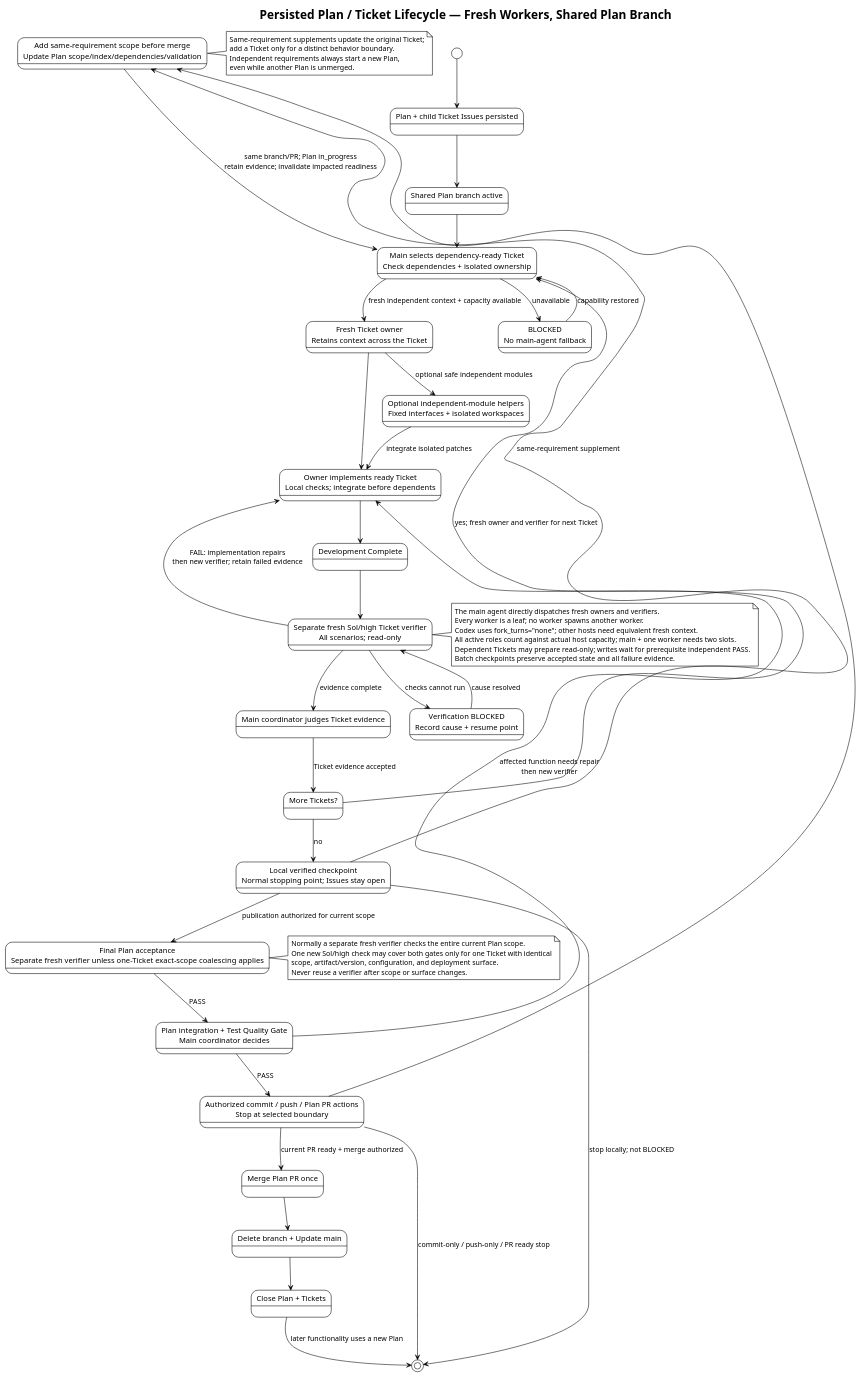
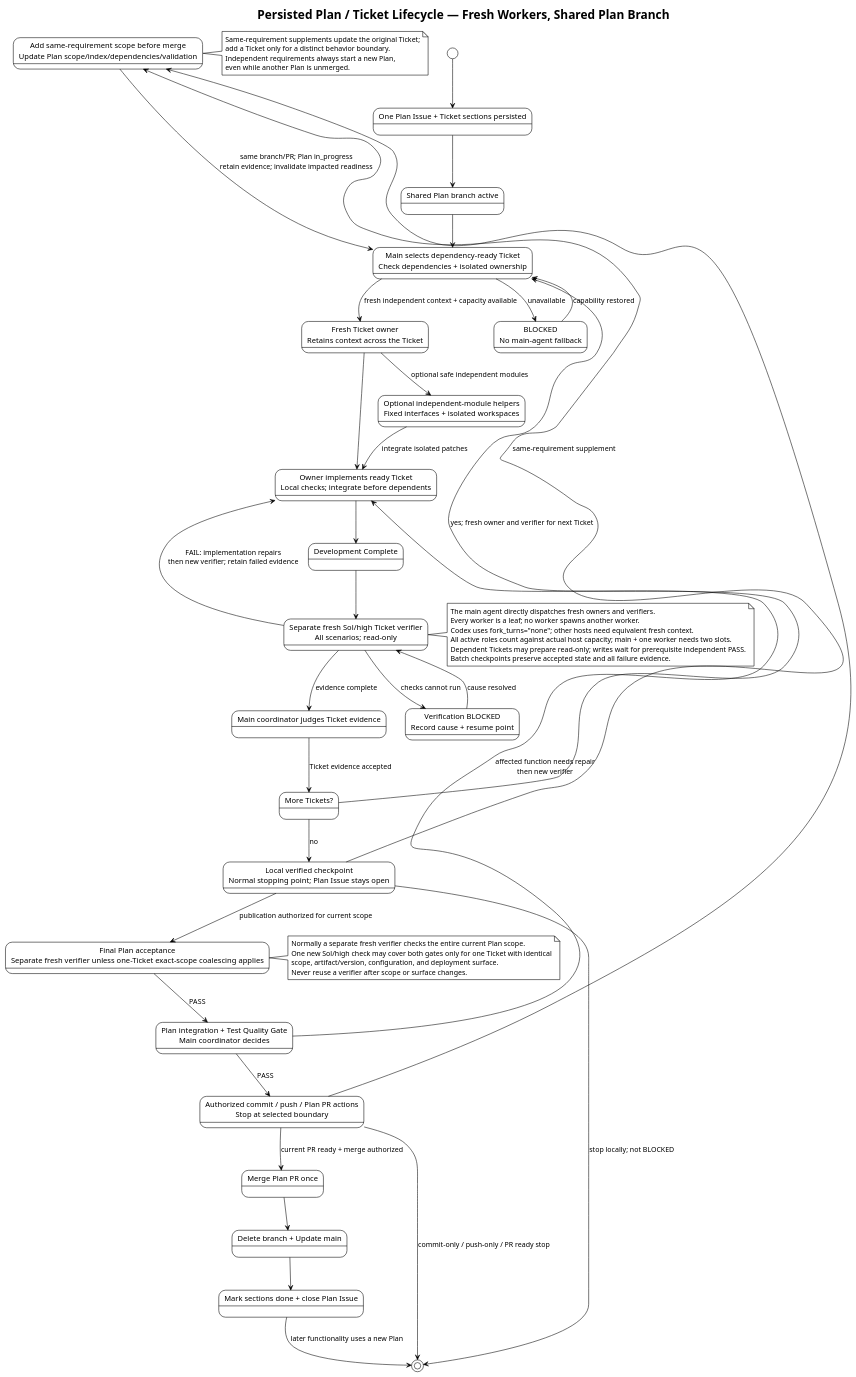
The diagram in docs/architecture/diagrams/ticket-lifecycle.puml (i-zrhe2016/codex-development-workflow), drawn with PlantUML before and after one commit. The commit also changed 26 other files, not shown here.

First line of the commit message:
docs(workflow): persist Plan and Tickets in one Issue

```diff
--- a/docs/architecture/diagrams/ticket-lifecycle.puml
+++ b/docs/architecture/diagrams/ticket-lifecycle.puml
@@ -1,84 +1,84 @@
 @startuml
 !theme plain
 top to bottom direction
 skinparam shadowing false
 skinparam defaultFontName Arial
 
 title Persisted Plan / Ticket Lifecycle — Fresh Workers, Shared Plan Branch
 
-state "Plan + child Ticket Issues persisted" as persisted
+state "One Plan Issue + Ticket sections persisted" as persisted
 state "Shared Plan branch active" as branch
 state "Main selects dependency-ready Ticket\nCheck dependencies + isolated ownership" as select
 state "Fresh Ticket owner\nRetains context across the Ticket" as ticket_owner
 state "Owner implements ready Ticket\nLocal checks; integrate before dependents" as implement
 state "Optional independent-module helpers\nFixed interfaces + isolated workspaces" as module_helpers
 state "Development Complete" as developed
 state "Separate fresh Sol/high Ticket verifier\nAll scenarios; read-only" as verify
 state "Main coordinator judges Ticket evidence" as accepted
 state "More Tickets?" as more
-state "Local verified checkpoint\nNormal stopping point; Issues stay open" as local
+state "Local verified checkpoint\nNormal stopping point; Plan Issue stays open" as local
 state "Add same-requirement scope before merge\nUpdate Plan scope/index/dependencies/validation" as expand
 state "Final Plan acceptance\nSeparate fresh verifier unless one-Ticket exact-scope coalescing applies" as final_verify
 state "Plan integration + Test Quality Gate\nMain coordinator decides" as gate
 state "Authorized commit / push / Plan PR actions\nStop at selected boundary" as publish
 state "Merge Plan PR once" as merge
 state "Delete branch + Update main" as cleanup
-state "Close Plan + Tickets" as done
+state "Mark sections done + close Plan Issue" as done
 state "BLOCKED\nNo main-agent fallback" as blocked
 state "Verification BLOCKED\nRecord cause + resume point" as verify_blocked
 
 [*] --> persisted
 persisted -down-> branch
 branch -down-> select
 select -down-> ticket_owner : fresh independent context + capacity available
 select --> blocked : unavailable
 blocked -[norank]-> select : capability restored
 ticket_owner -down-> implement
 ticket_owner --> module_helpers : optional safe independent modules
 module_helpers --> implement : integrate isolated patches
 implement -down-> developed
 developed -down-> verify
 verify --> verify_blocked : checks cannot run
 verify_blocked -[norank]-> verify : cause resolved
 verify -down-> accepted : evidence complete
 verify -[norank]-> implement : FAIL: implementation repairs\nthen new verifier; retain failed evidence
 accepted -down-> more : Ticket evidence accepted
 more -[norank]-> select : yes; fresh owner and verifier for next Ticket
 more -down-> local : no
 local --> [*] : stop locally; not BLOCKED
 local -[norank]-> expand : same-requirement supplement
 publish -[norank]-> expand
 expand -[norank]-> select : same branch/PR; Plan in_progress\nretain evidence; invalidate impacted readiness
 local -down-> final_verify : publication authorized for current scope
 final_verify -down-> gate : PASS
 gate -[norank]-> implement : affected function needs repair\nthen new verifier
 gate -down-> publish : PASS
 publish --> [*] : commit-only / push-only / PR ready stop
 publish -down-> merge : current PR ready + merge authorized
 merge -down-> cleanup
 cleanup -down-> done
 done --> [*] : later functionality uses a new Plan
 
 note right of expand
 Same-requirement supplements update the original Ticket;
 add a Ticket only for a distinct behavior boundary.
 Independent requirements always start a new Plan,
 even while another Plan is unmerged.
 end note
 
 note right of verify
 The main agent directly dispatches fresh owners and verifiers.
 Every worker is a leaf; no worker spawns another worker.
 Codex uses fork_turns="none"; other hosts need equivalent fresh context.
 All active roles count against actual host capacity; main + one worker needs two slots.
 Dependent Tickets may prepare read-only; writes wait for prerequisite independent PASS.
 Batch checkpoints preserve accepted state and all failure evidence.
 end note
 
 note right of final_verify
 Normally a separate fresh verifier checks the entire current Plan scope.
 One new Sol/high check may cover both gates only for one Ticket with identical
 scope, artifact/version, configuration, and deployment surface.
 Never reuse a verifier after scope or surface changes.
 end note
 @enduml
```
